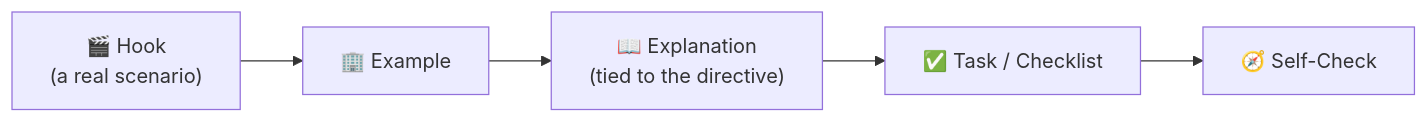
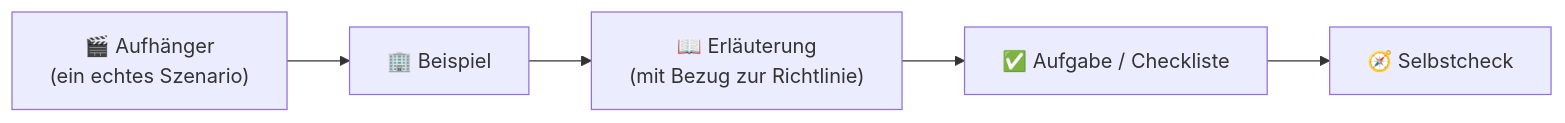
One commit to LiaPlayground/nis2 changed the diagram in materials/1-welcome-why-nis2-matters/README.md. Above: the diagram before and after it, drawn with Mermaid. The commit also changed other lines of this file and 4 other files, not shown here.

````diff
--- a/materials/1-welcome-why-nis2-matters/README.md
+++ b/materials/1-welcome-why-nis2-matters/README.md
@@ -210,7 +210,7 @@
 ```mermaid   @mermaid
 flowchart LR
-  hook["🎬 Hook<br>(a real scenario)"] --> example["🏢 Example"]
-  example --> explanation["📖 Explanation<br>(tied to the directive)"]
-  explanation --> task["✅ Task / Checklist"]
-  task --> check["🧭 Self-Check"]
+  hook["🎬 Aufhänger<br>(ein echtes Szenario)"] --> example["🏢 Beispiel"]
+  example --> explanation["📖 Erläuterung<br>(mit Bezug zur Richtlinie)"]
+  explanation --> task["✅ Aufgabe / Checkliste"]
+  task --> check["🧭 Selbstcheck"]
 ```
````
